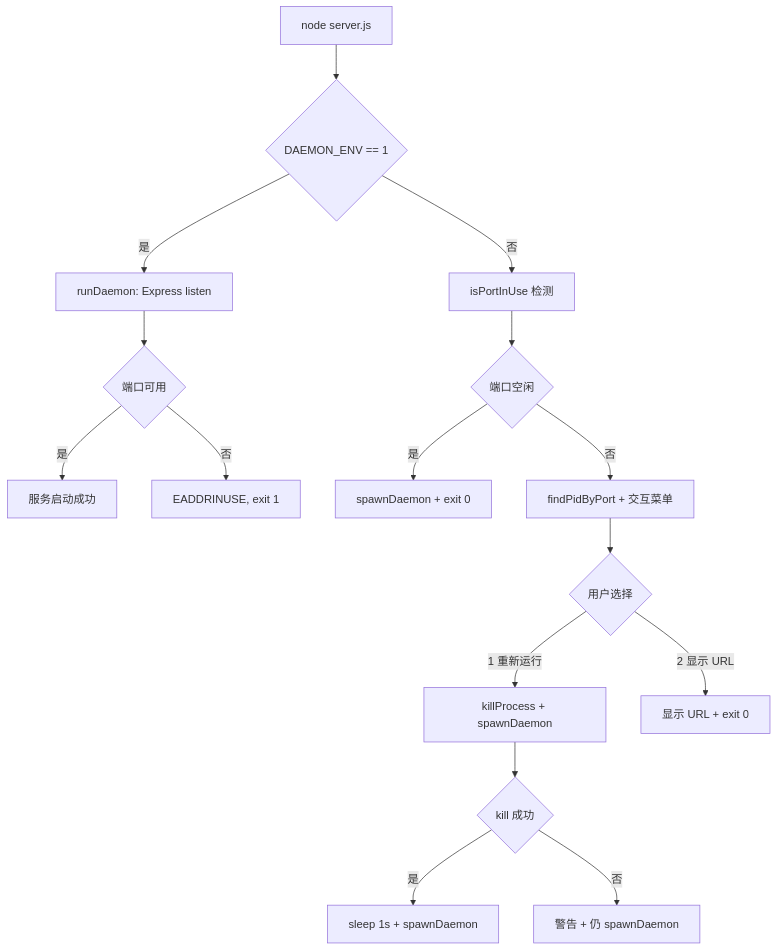
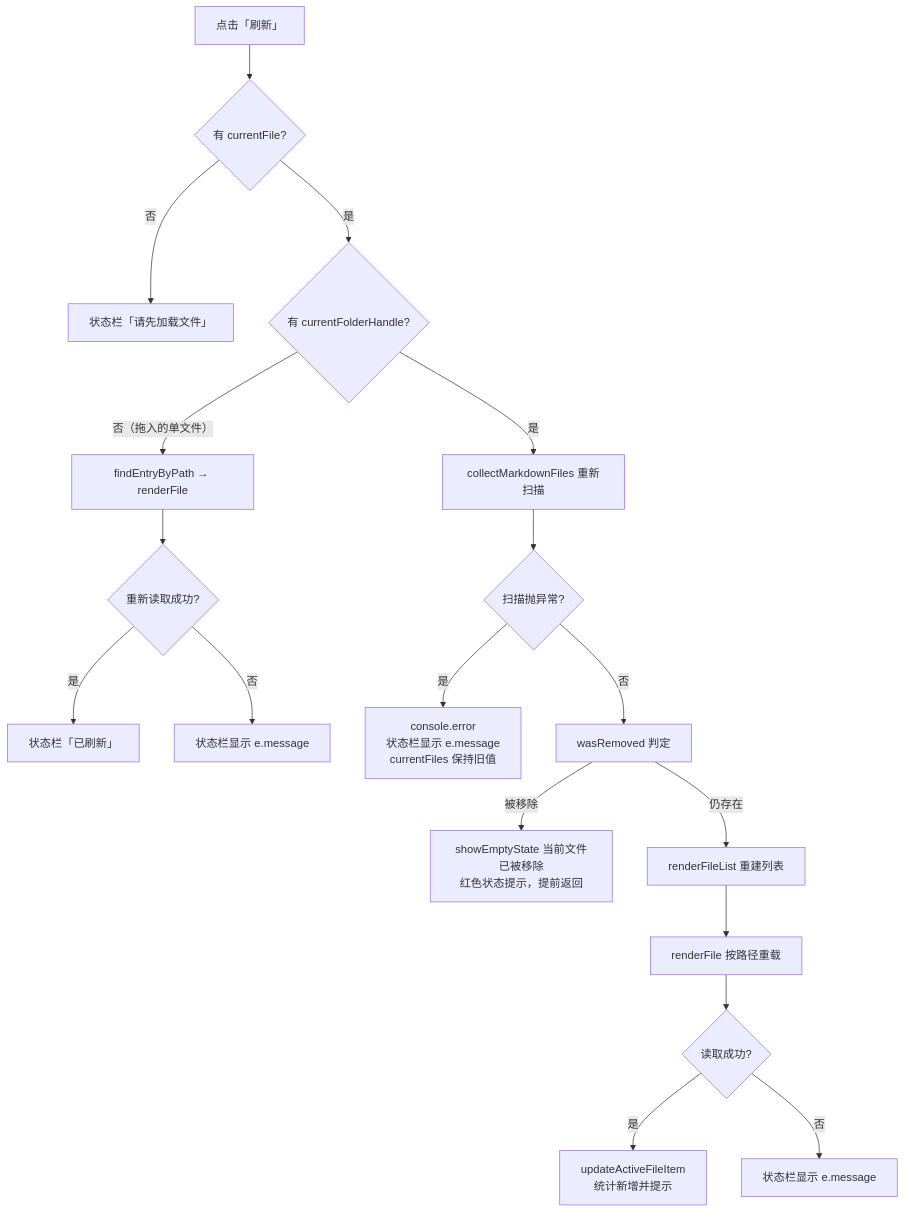
One commit to Leo-H-W/LightMDKit changed diagram 15 of 19 in doc/kb/业务知识库/业务流程详解.md. Above: the diagram before and after it, drawn with Mermaid. The commit also changed other lines of this file and 13 other files, not shown here.

````diff
--- a/doc/kb/业务知识库/业务流程详解.md
+++ b/doc/kb/业务知识库/业务流程详解.md
@@ -783,18 +2069,20 @@
 ```mermaid
 graph TD
-    A[node server.js] --> B{DAEMON_ENV == 1}
-    B -->|是| C[runDaemon: Express listen]
-    C --> D{端口可用}
-    D -->|是| E[服务启动成功]
-    D -->|否| F[EADDRINUSE, exit 1]
-    B -->|否| G[isPortInUse 检测]
-    G --> H{端口空闲}
-    H -->|是| I[spawnDaemon + exit 0]
-    H -->|否| J[findPidByPort + 交互菜单]
-    J --> K{用户选择}
-    K -->|1 重新运行| L[killProcess + spawnDaemon]
-    K -->|2 显示 URL| M[显示 URL + exit 0]
-    L --> N{kill 成功}
-    N -->|是| O[sleep 1s + spawnDaemon]
-    N -->|否| P[警告 + 仍 spawnDaemon]
+    A["点击「刷新」"] --> B{"有 currentFile?"}
+    B -->|否| C["状态栏「请先加载文件」"]
+    B -->|是| D{"有 currentFolderHandle?"}
+    D -->|"否（拖入的单文件）"| E["findEntryByPath → renderFile"]
+    E --> F{"重新读取成功?"}
+    F -->|是| G["状态栏「已刷新」"]
+    F -->|否| H["状态栏显示 e.message"]
+    D -->|"是"| I["collectMarkdownFiles 重新扫描"]
+    I --> J{"扫描抛异常?"}
+    J -->|是| K["console.error<br/>状态栏显示 e.message<br/>currentFiles 保持旧值"]
+    J -->|否| L["wasRemoved 判定"]
+    L -->|被移除| M["showEmptyState 当前文件已被移除<br/>红色状态提示，提前返回"]
+    L -->|仍存在| N["renderFileList 重建列表"]
+    N --> O["renderFile 按路径重载"]
+    O --> P{"读取成功?"}
+    P -->|是| Q["updateActiveFileItem<br/>统计新增并提示"]
+    P -->|否| R["状态栏显示 e.message"]
 ```
````
